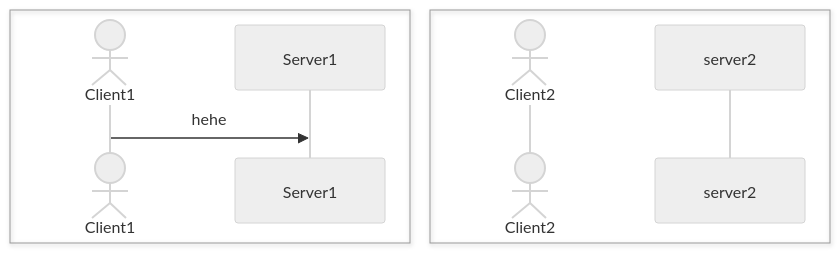
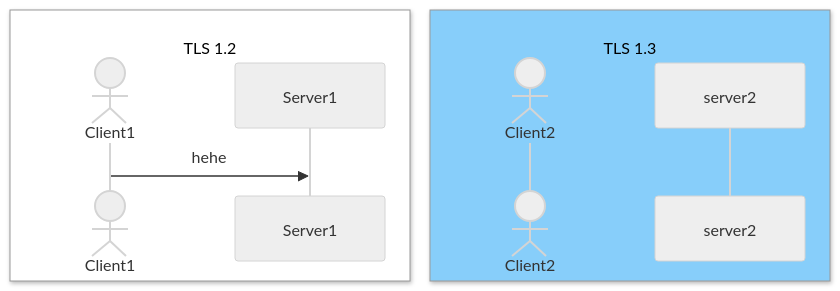
One commit to jtaverne/ovh changed the third of 3 diagrams in tls_1.3.md. Above: the diagram before and after it, drawn with Mermaid.

````diff
--- a/tls_1.3.md
+++ b/tls_1.3.md
@@ -37,13 +37,13 @@
 ```mermaid
 %%{init: {'theme': 'neutral' } }%%
 sequenceDiagram
-    box #000000 <br/>TLS 1.2
+    box White <br/>TLS 1.2
     actor Client1
     participant Server1
     end
-    box #85c1e9 <br/>TLS 1.3
+    box LightSkyBlue <br/>TLS 1.3
     actor Client2
     participant server2
     end
 Client1 ->> Server1 : hehe
 ```
````
